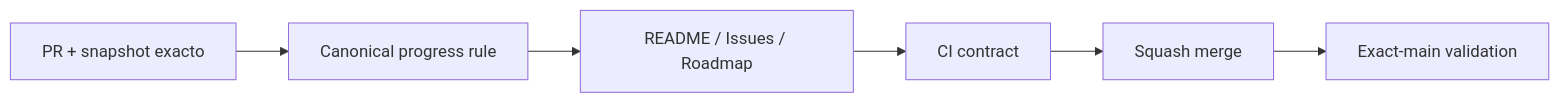
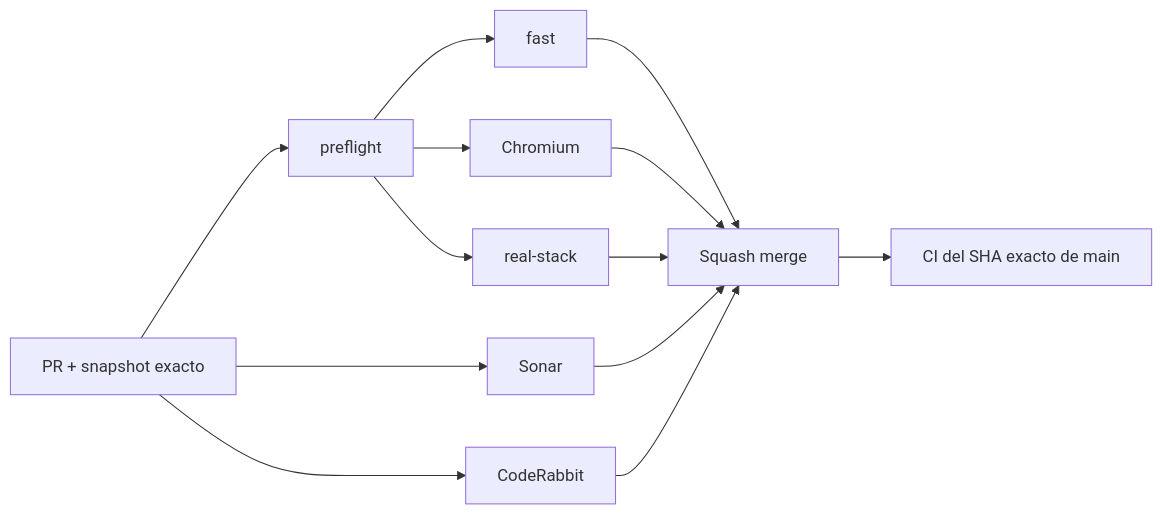
Before and after one commit to pl0n3r/brvtal: the diagram in README.md, drawn with Mermaid. The commit also changed other lines of this file and 17 other files, not shown here.

````diff
--- a/README.md
+++ b/README.md
@@ -48,8 +49,15 @@
 ```mermaid
 flowchart LR
- A["PR + snapshot exacto"] --> R["Canonical progress rule"]
- R --> T["README / Issues / Roadmap"]
- T --> C["CI contract"]
- C --> M["Squash merge"]
- M --> X["Exact-main validation"]
+ A["PR + snapshot exacto"] --> P["preflight"]
+ P --> F["fast"]
+ P --> B["Chromium"]
+ P --> R["real-stack"]
+ A --> S["Sonar"]
+ A --> C["CodeRabbit"]
+ F --> M["Squash merge"]
+ B --> M
+ R --> M
+ S --> M
+ C --> M
+ M --> X["CI del SHA exacto de main"]
 ```
````
